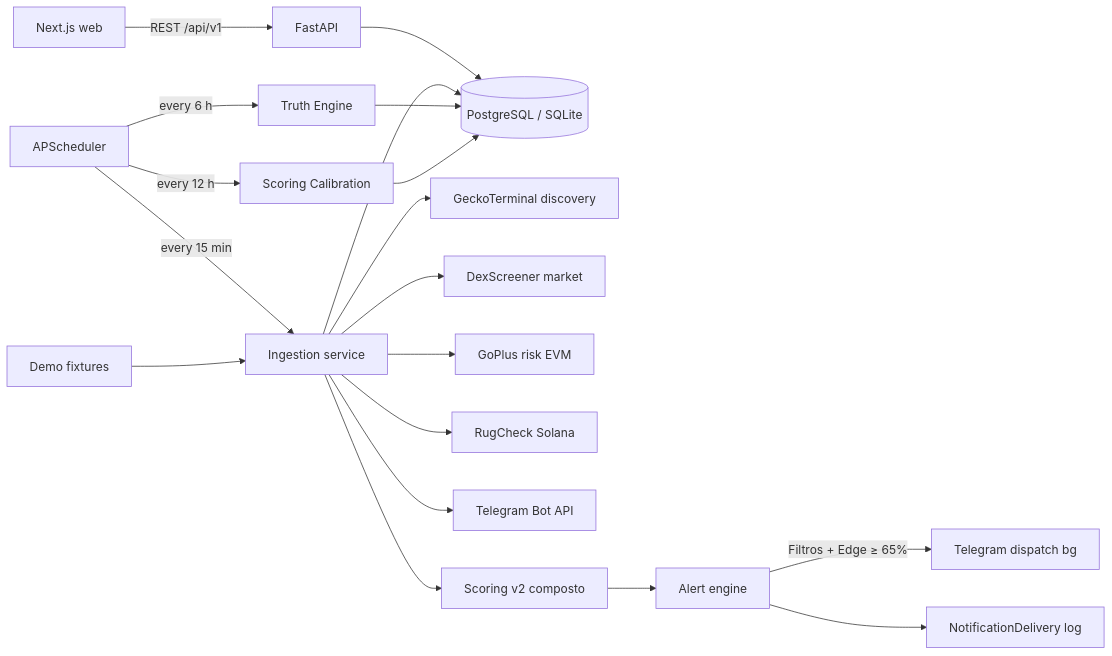
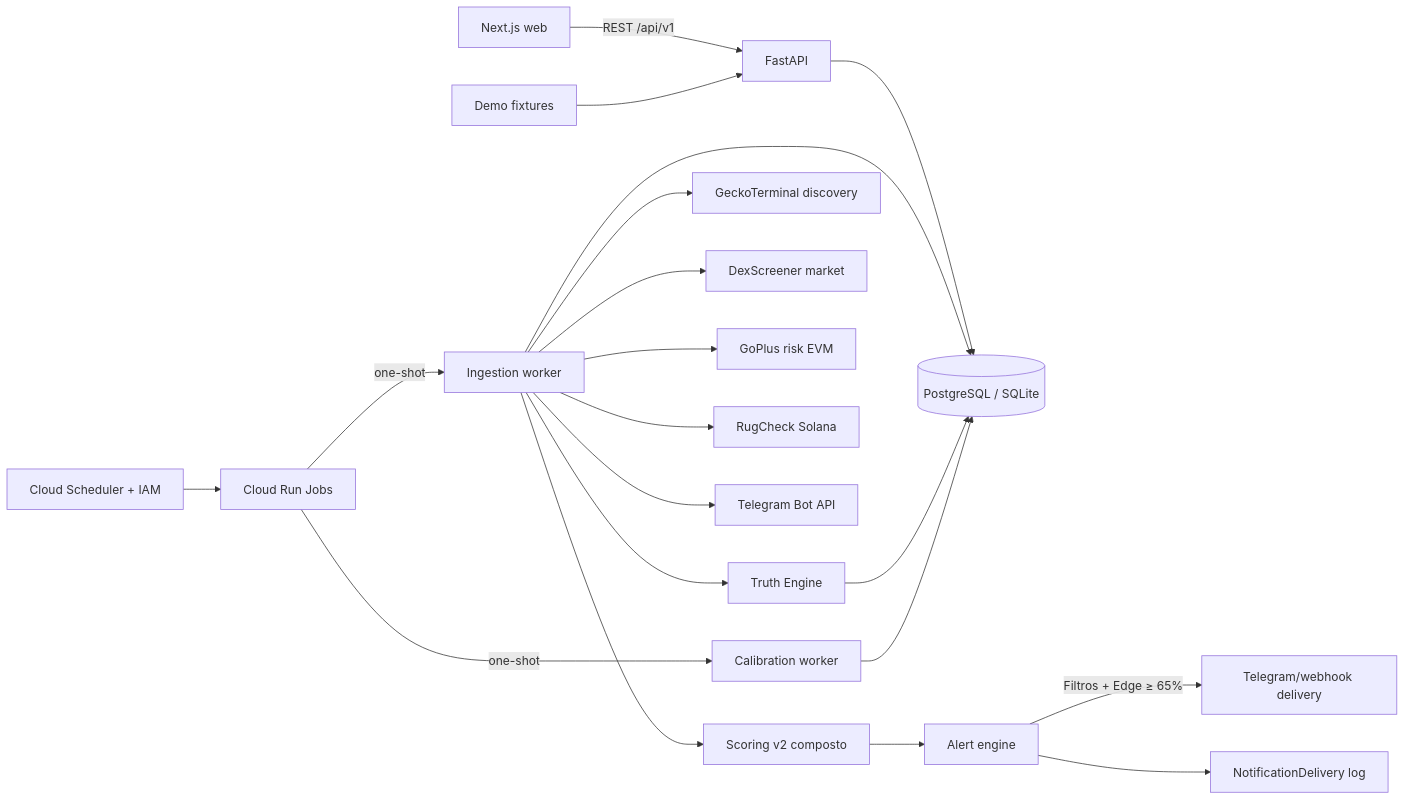
Before and after one commit to ag47-pt/Website: the diagram in eco/alt-radar/docs/architecture.md, drawn with Mermaid. The commit also changed other lines of this file and 130 other files, not shown here.

````diff
--- a/eco/alt-radar/docs/architecture.md
+++ b/eco/alt-radar/docs/architecture.md
@@ -22,21 +22,22 @@
 ```mermaid
 flowchart LR
     Web[Next.js web] -->|REST /api/v1| API[FastAPI]
     API --> DB[(PostgreSQL / SQLite)]
-    Scheduler[APScheduler] -->|every 15 min| Ingestion[Ingestion service]
-    Scheduler -->|every 6 h| TruthEng[Truth Engine]
-    Scheduler -->|every 12 h| Calibration[Scoring Calibration]
+    CloudScheduler[Cloud Scheduler + IAM] --> RunJobs[Cloud Run Jobs]
+    RunJobs -->|one-shot| Ingestion[Ingestion worker]
+    RunJobs -->|one-shot| Calibration[Calibration worker]
     Ingestion --> GeckoT[GeckoTerminal discovery]
     Ingestion --> DexS[DexScreener market]
     Ingestion --> GoPlus[GoPlus risk EVM]
     Ingestion --> RugCheck[RugCheck Solana]
     Ingestion --> Telegram[Telegram Bot API]
     Ingestion --> DB
+    Ingestion --> TruthEng[Truth Engine]
     Ingestion --> Scoring[Scoring v2 composto]
     Scoring --> Alerts[Alert engine]
-    Alerts -->|Filtros + Edge ≥ 65%| TgDispatch[Telegram dispatch bg]
+    Alerts -->|Filtros + Edge ≥ 65%| TgDispatch[Telegram/webhook delivery]
     Alerts --> NotifLog[NotificationDelivery log]
     TruthEng --> DB
     Calibration --> DB
-    Demo[Demo fixtures] --> Ingestion
+    Demo[Demo fixtures] --> API
 ```
````
